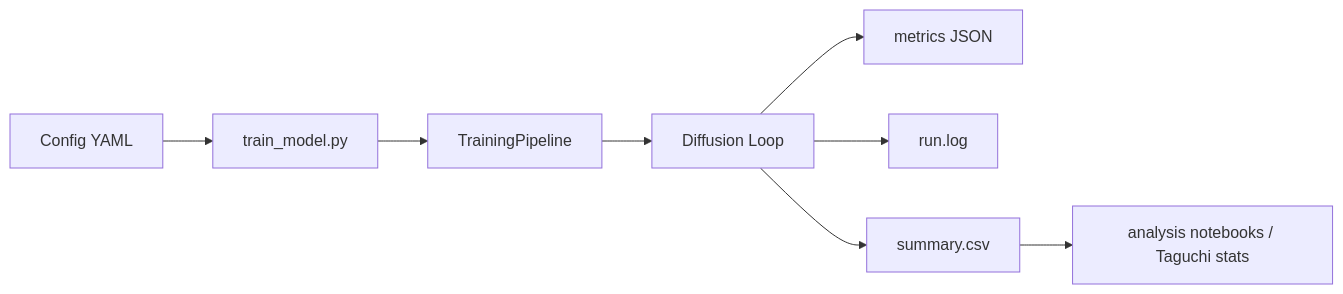
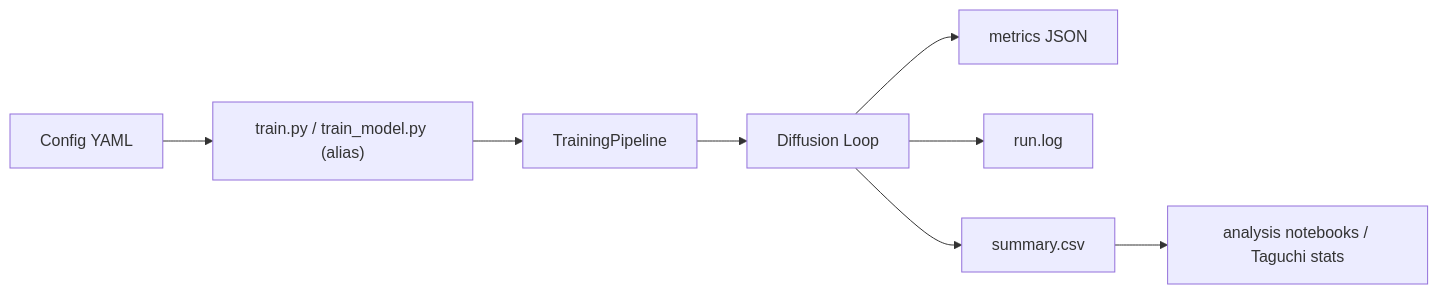
One commit to benschneider/spectral-diffusion changed the second of 5 diagrams in README.md. Above: the diagram before and after it, drawn with Mermaid. The commit also changed other lines of this file and 14 other files, not shown here.

````diff
--- a/README.md
+++ b/README.md
@@ -158,10 +170,10 @@
 ```mermaid
 flowchart LR
-    A["Config YAML"] --> B["train_model.py"]
+    A["Config YAML"] --> B["train.py / train_model.py (alias)"]
     B --> C["TrainingPipeline"]
     C --> D["Diffusion Loop"]
     D --> E["metrics JSON"]
     D --> F["run.log"]
     D --> G["summary.csv"]
     G --> H["analysis notebooks / Taguchi stats"]
 ```
````
